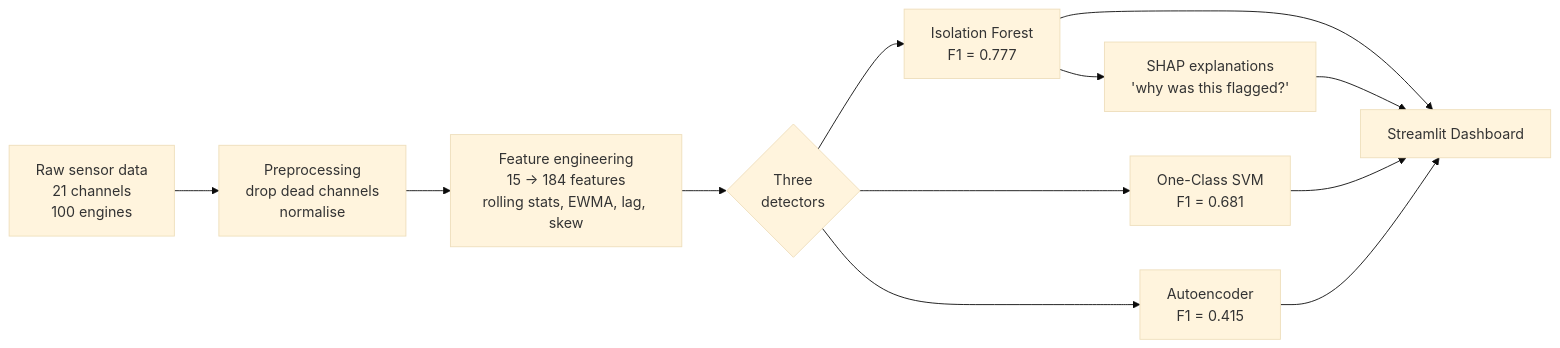
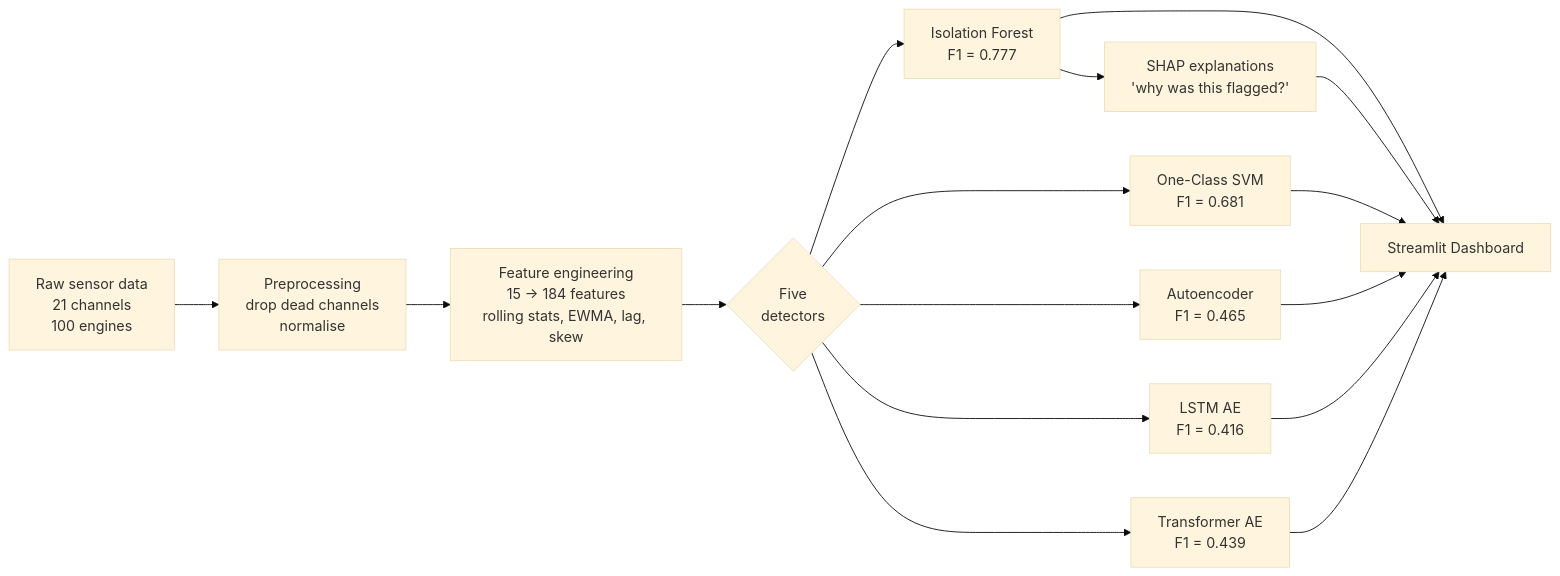
Before and after one commit to Anjanamb/sensor-anomaly-detection: the first of 4 diagrams in README.md, drawn with Mermaid (base theme). The commit also changed other lines of this file, not shown here.

````diff
--- a/README.md
+++ b/README.md
@@ -24,14 +24,18 @@
 ```mermaid
 flowchart LR
     A[Raw sensor data<br/>21 channels<br/>100 engines] --> B[Preprocessing<br/>drop dead channels<br/>normalise]
     B --> C[Feature engineering<br/>15 → 184 features<br/>rolling stats, EWMA, lag, skew]
-    C --> D{Three<br/>detectors}
+    C --> D{Five<br/>detectors}
     D --> E[Isolation Forest<br/>F1 = 0.777]
     D --> F[One-Class SVM<br/>F1 = 0.681]
-    D --> G[Autoencoder<br/>F1 = 0.415]
+    D --> G[Autoencoder<br/>F1 = 0.465]
+    D --> G2[LSTM AE<br/>F1 = 0.416]
+    D --> G3[Transformer AE<br/>F1 = 0.439]
     E --> H[Streamlit Dashboard]
     F --> H
     G --> H
+    G2 --> H
+    G3 --> H
     E --> I[SHAP explanations<br/>'why was this flagged?']
     I --> H
 ```
````
